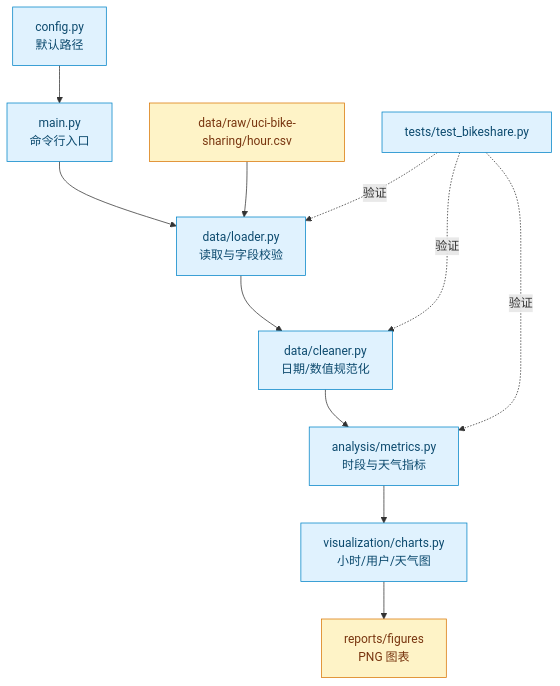
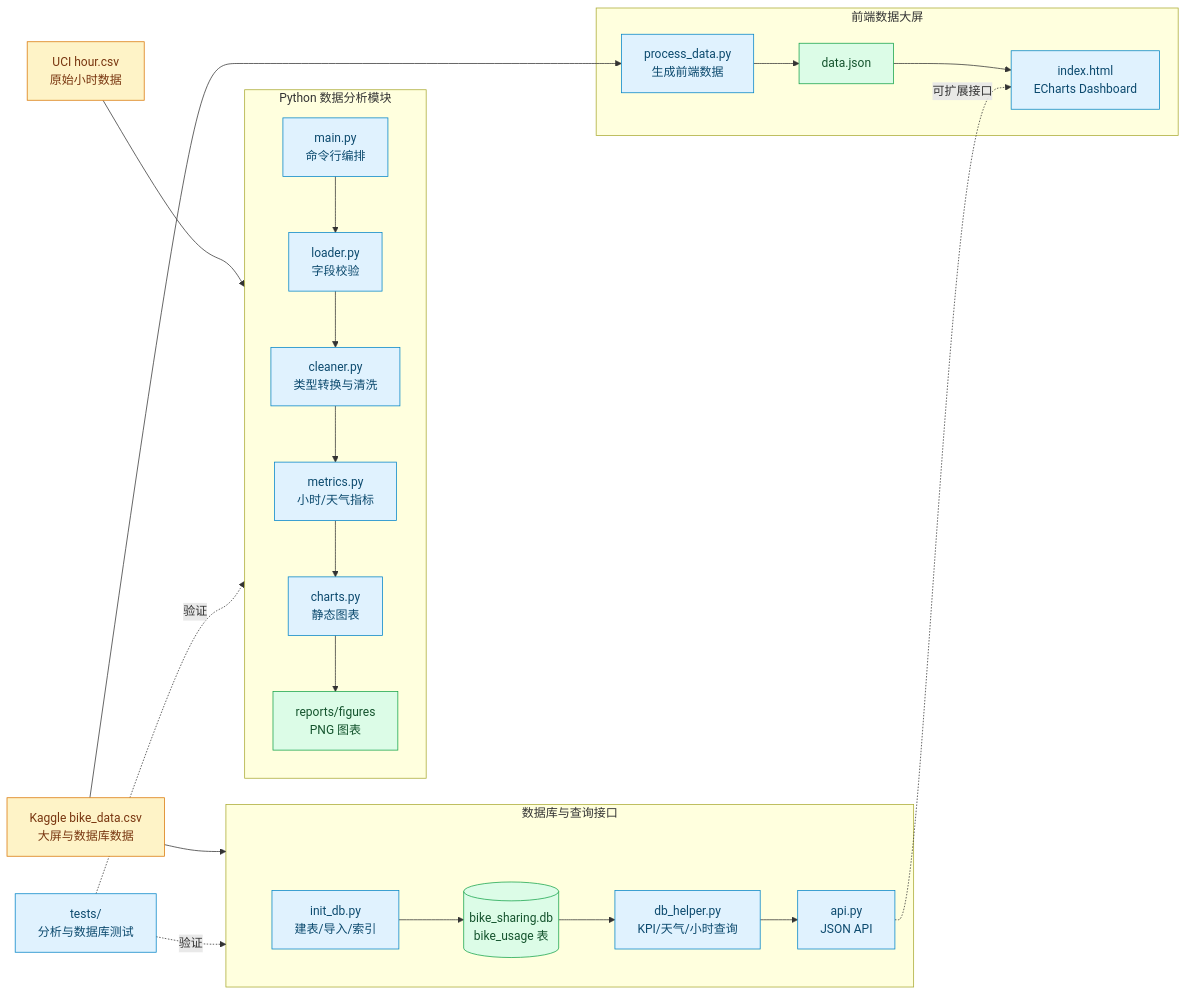
One commit to EnergyPower233/HDU-softwareengineering-practice changed the diagram in docs/code-structure.mmd. Above: the diagram before and after it, drawn with Mermaid. The commit also changed 25 other files, not shown here.

```diff
--- a/docs/code-structure.mmd
+++ b/docs/code-structure.mmd
@@ -1,16 +1,34 @@
-flowchart TD
-    A[main.py<br/>命令行入口] --> B[data/loader.py<br/>读取与字段校验]
-    B --> C[data/cleaner.py<br/>日期/数值规范化]
-    C --> D[analysis/metrics.py<br/>时段与天气指标]
-    D --> E[visualization/charts.py<br/>小时/用户/天气图]
-    F[config.py<br/>默认路径] --> A
-    E --> G[reports/figures<br/>PNG 图表]
-    H[data/raw/uci-bike-sharing/hour.csv] --> B
-    I[tests/test_bikeshare.py] -.验证.-> B
-    I -.验证.-> C
-    I -.验证.-> D
+flowchart LR
+    A1[UCI hour.csv<br/>原始小时数据] --> B[数据分析模块]
+    A2[Kaggle bike_data.csv<br/>大屏与数据库数据] --> C[数据库模块]
 
+    subgraph B[Python 数据分析模块]
+        B1[loader.py<br/>字段校验] --> B2[cleaner.py<br/>类型转换与清洗]
+        B2 --> B3[metrics.py<br/>小时/天气指标]
+        B3 --> B4[charts.py<br/>静态图表]
+        B5[main.py<br/>命令行编排] --> B1
+        B4 --> B6[reports/figures<br/>PNG 图表]
+    end
+
+    subgraph C[数据库与查询接口]
+        C1[init_db.py<br/>建表/导入/索引] --> C2[(bike_sharing.db<br/>bike_usage 表)]
+        C2 --> C3[db_helper.py<br/>KPI/天气/小时查询]
+        C3 --> C4[api.py<br/>JSON API]
+    end
+
+    subgraph D[前端数据大屏]
+        D1[process_data.py<br/>生成前端数据] --> D2[data.json]
+        D2 --> D3[index.html<br/>ECharts Dashboard]
+        C4 -. 可扩展接口 .-> D3
+    end
+
+    A2 --> D1
+    E[tests/<br/>分析与数据库测试] -. 验证 .-> B
+    E -. 验证 .-> C
+
+    classDef data fill:#fef3c7,stroke:#d97706,color:#78350f;
     classDef module fill:#e0f2fe,stroke:#0284c7,color:#0c4a6e;
-    classDef io fill:#fef3c7,stroke:#d97706,color:#78350f;
-    class A,B,C,D,E,F,I module;
-    class G,H io;
+    classDef output fill:#dcfce7,stroke:#16a34a,color:#14532d;
+    class A1,A2 data;
+    class B1,B2,B3,B4,B5,C1,C3,C4,D1,D3,E module;
+    class B6,C2,D2 output;
```
